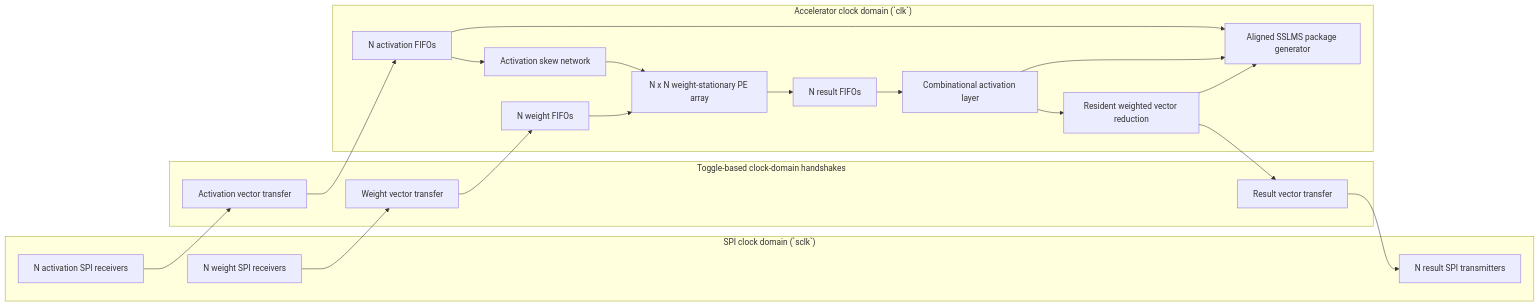
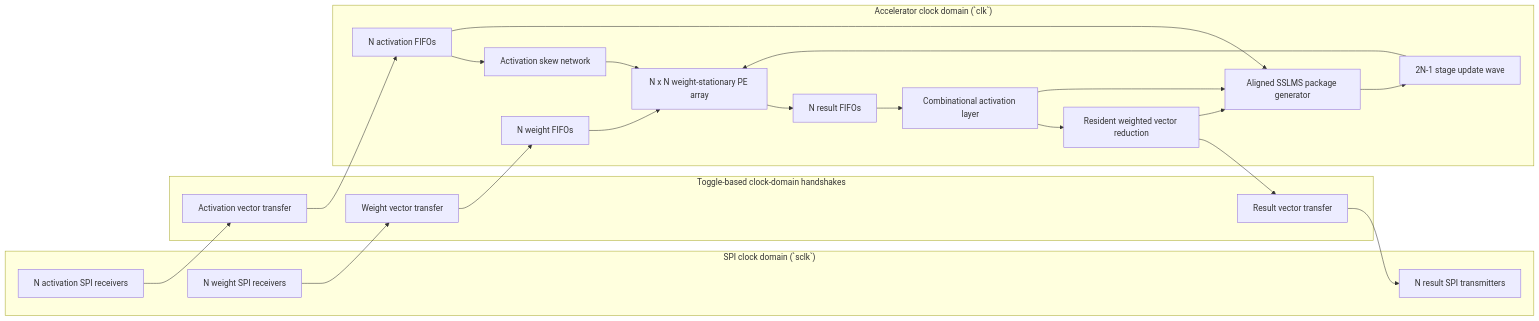
One commit to aHighHooman/NN-Acceleration changed the first of 3 diagrams in README.md. Above: the diagram before and after it, drawn with Mermaid. The commit also changed other lines of this file and 9 other files, not shown here.

````diff
--- a/README.md
+++ b/README.md
@@ -7,32 +7,34 @@
 ```mermaid
 flowchart LR
     subgraph SPI["SPI clock domain (`sclk`)"]
         W_RX["N weight SPI receivers"]
         A_RX["N activation SPI receivers"]
         R_TX["N result SPI transmitters"]
     end
 
     subgraph CDC["Toggle-based clock-domain handshakes"]
         W_CDC["Weight vector transfer"]
         A_CDC["Activation vector transfer"]
         R_CDC["Result vector transfer"]
     end
 
     subgraph CORE["Accelerator clock domain (`clk`)"]
         W_FIFO["N weight FIFOs"]
         A_FIFO["N activation FIFOs"]
         SKEW["Activation skew network"]
         ARRAY["N x N weight-stationary PE array"]
         R_FIFO["N result FIFOs"]
         ACT["Combinational activation layer"]
         REDUCE["Resident weighted vector reduction"]
         TRAIN["Aligned SSLMS package generator"]
+        UPDATE["2N-1 stage update wave"]
     end
 
     W_RX --> W_CDC --> W_FIFO --> ARRAY
     A_RX --> A_CDC --> A_FIFO --> SKEW --> ARRAY
     ARRAY --> R_FIFO --> ACT --> REDUCE --> R_CDC --> R_TX
     A_FIFO --> TRAIN
     ACT --> TRAIN
     REDUCE --> TRAIN
+    TRAIN --> UPDATE --> ARRAY
 ```
````
